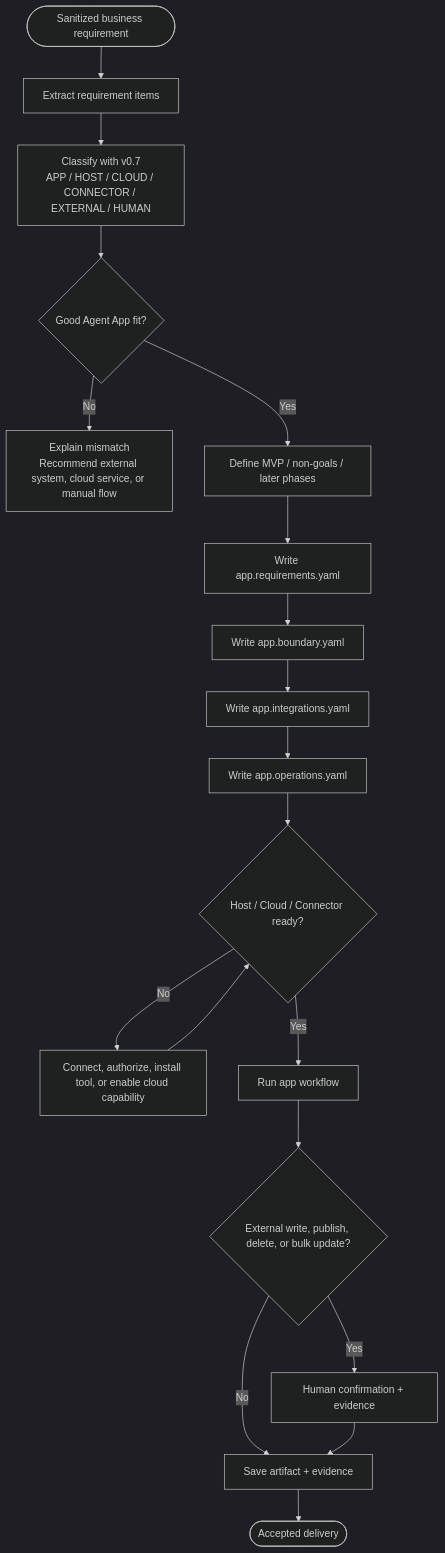
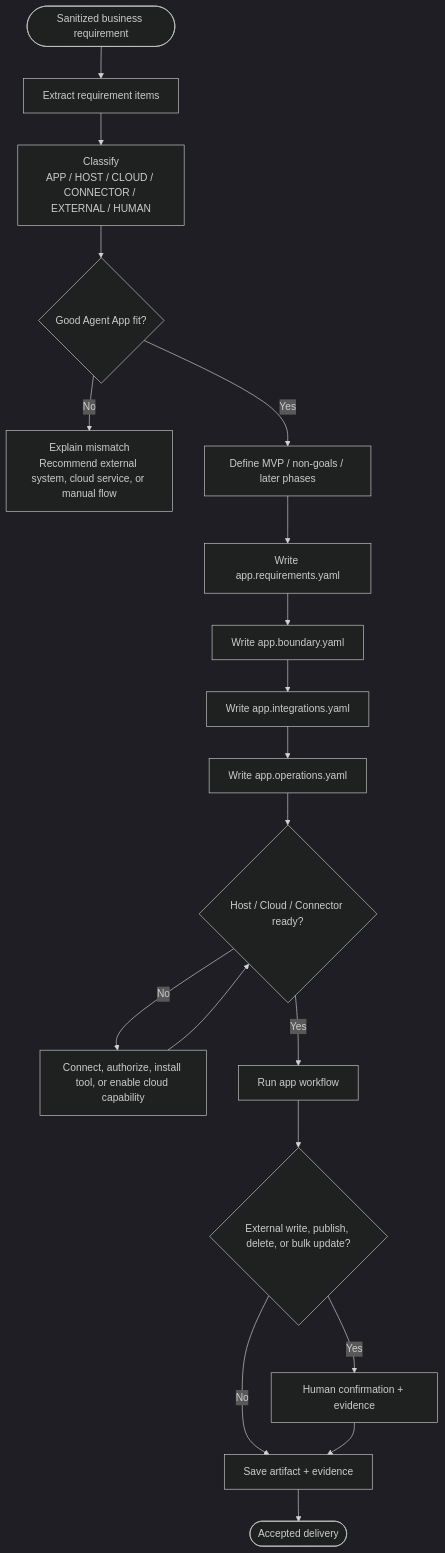
The third of 3 diagrams in docs/en/specification.md (limecloud/agentapp), drawn with Mermaid (dark theme) before and after one commit. The commit also changed other lines of this file and 86 other files, not shown here.

````diff
--- a/docs/en/specification.md
+++ b/docs/en/specification.md
@@ -630,21 +632,21 @@
 ```mermaid
 flowchart TD
   Start([Sanitized business requirement]) --> Extract[Extract requirement items]
-  Extract --> Classify[Classify with v0.7\nAPP / HOST / CLOUD / CONNECTOR / EXTERNAL / HUMAN]
+  Extract --> Classify[Classify\nAPP / HOST / CLOUD / CONNECTOR / EXTERNAL / HUMAN]
   Classify --> Fit{Good Agent App fit?}
   Fit -- No --> Explain[Explain mismatch\nRecommend external system, cloud service, or manual flow]
   Fit -- Yes --> Scope[Define MVP / non-goals / later phases]
   Scope --> Req[Write app.requirements.yaml]
   Req --> Boundary[Write app.boundary.yaml]
   Boundary --> Integrations[Write app.integrations.yaml]
   Integrations --> Operations[Write app.operations.yaml]
   Operations --> Ready{Host / Cloud / Connector ready?}
   Ready -- No --> Setup[Connect, authorize, install tool, or enable cloud capability]
   Setup --> Ready
   Ready -- Yes --> Run[Run app workflow]
   Run --> Risk{External write, publish, delete, or bulk update?}
   Risk -- Yes --> Human[Human confirmation + evidence]
   Risk -- No --> Save[Save artifact + evidence]
   Human --> Save
   Save --> Done([Accepted delivery])
 ```
````
